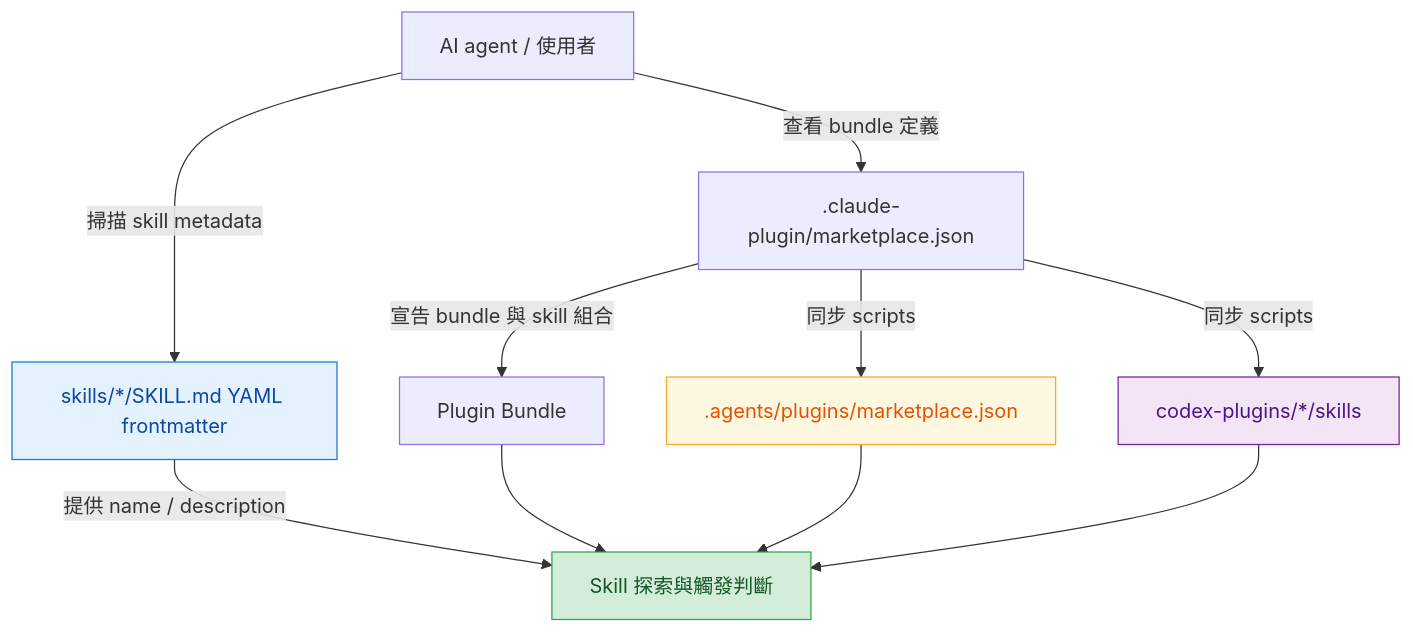
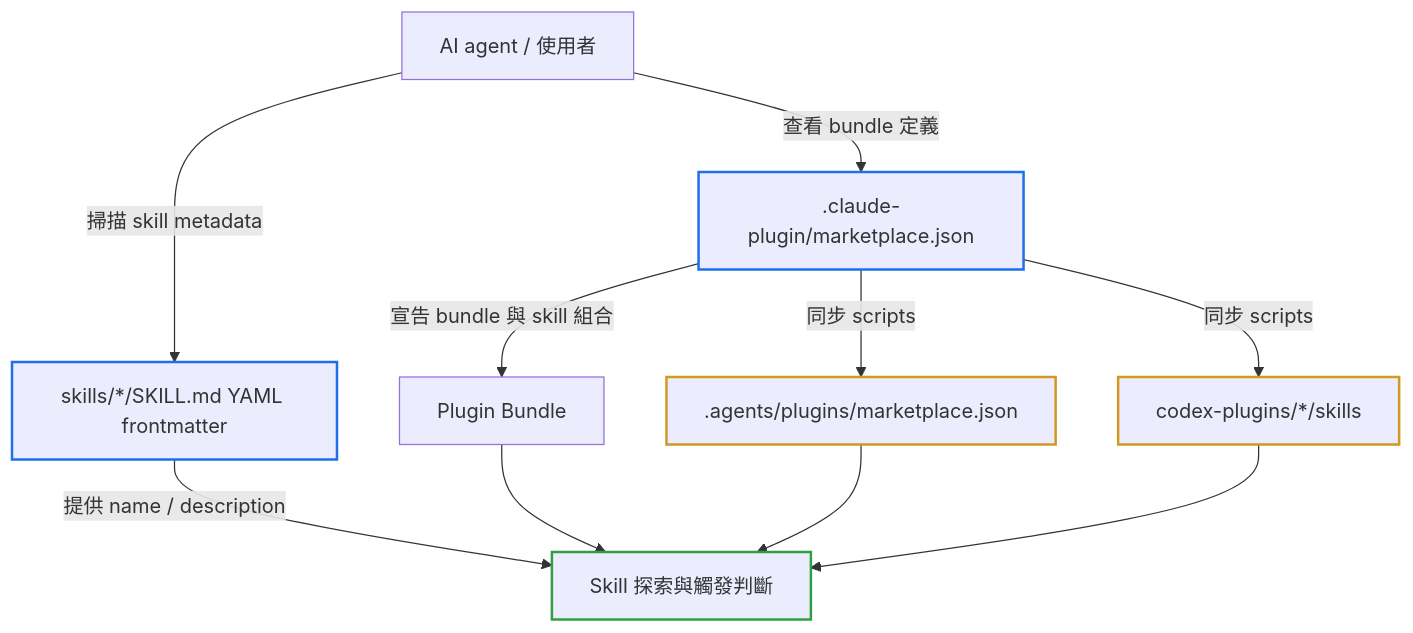
Before and after one commit to Aery9527/aery-marketplace: the diagram in README.md, drawn with Mermaid.

Commit message:
feat(readme): update styles for clarity and consistency in diagrams

````diff
--- a/README.md
+++ b/README.md
@@ -21,17 +21,20 @@
 ```mermaid
 flowchart TD
     Agent["AI agent / 使用者"] -->|查看 bundle 定義| Marketplace[".claude-plugin/marketplace.json"]
     Agent -->|掃描 skill metadata| Frontmatter["skills/*/SKILL.md YAML frontmatter"]
     Marketplace -->|宣告 bundle 與 skill 組合| Bundle["Plugin Bundle"]
     Marketplace -->|同步 scripts| CodexMarketplace[".agents/plugins/marketplace.json"]
     Marketplace -->|同步 scripts| CodexPackages["codex-plugins/*/skills"]
     Frontmatter -->|提供 name / description| Discovery["Skill 探索與觸發判斷"]
     Bundle --> Discovery
     CodexMarketplace --> Discovery
     CodexPackages --> Discovery
 
-    style Frontmatter fill:#e3f2fd,stroke:#1976d2,color:#0d47a1
-    style Discovery fill:#d4edda,stroke:#28a745,color:#155724
-    style CodexMarketplace fill:#fff8e1,stroke:#f9a825,color:#e65100
-    style CodexPackages fill:#f3e5f5,stroke:#7b1fa2,color:#4a148c
+    %% 只用 stroke 區分角色：source of truth / 同步產生的封裝 / 最終產出，
+    %% 讓 fill 與文字色交給 Mermaid 主題，在淺色與深色主題都能讀。
+    style Marketplace stroke:#1f6feb,stroke-width:2px
+    style Frontmatter stroke:#1f6feb,stroke-width:2px
+    style CodexMarketplace stroke:#d29922,stroke-width:2px
+    style CodexPackages stroke:#d29922,stroke-width:2px
+    style Discovery stroke:#2ea043,stroke-width:2px
 ```
````
